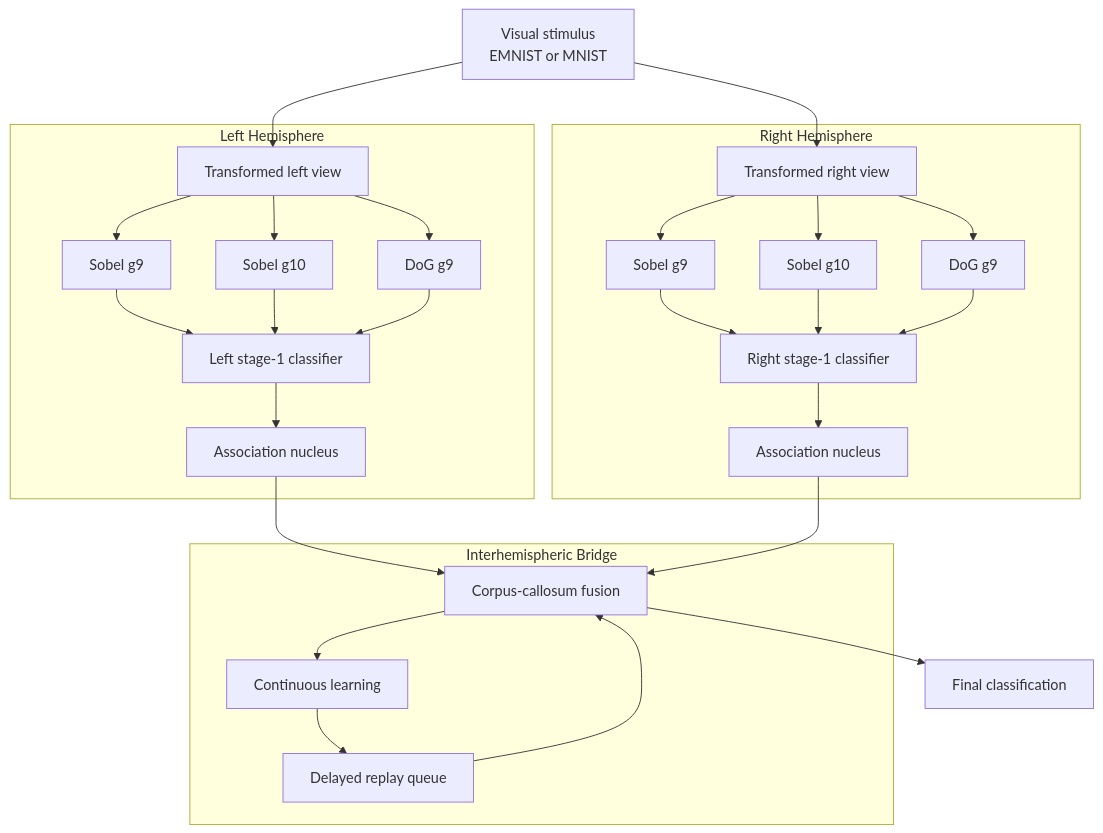
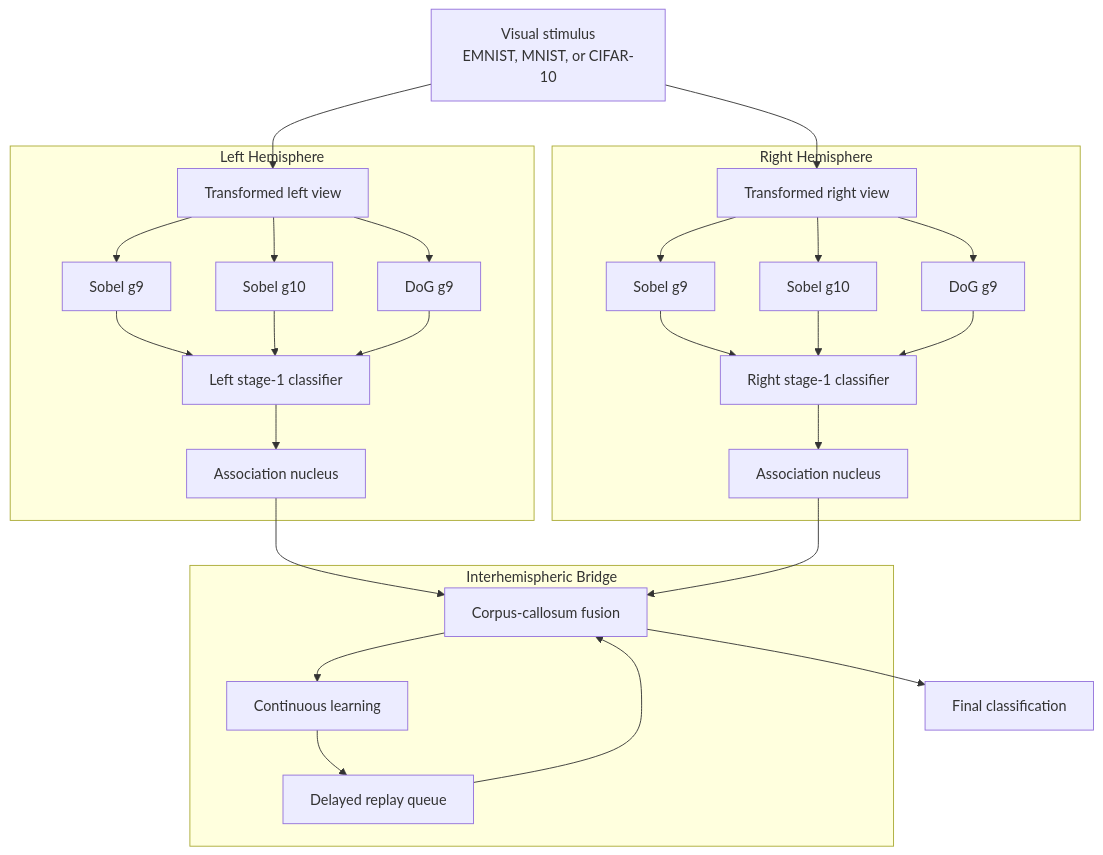
One commit to deanhorak/SNNFrame changed the diagram in README.md. Above: the diagram before and after it, drawn with Mermaid. The commit also changed other lines of this file and 5 other files, not shown here.

````diff
--- a/README.md
+++ b/README.md
@@ -154,51 +154,51 @@
 ```mermaid
 flowchart TD
-    IMG[Visual stimulus<br/>EMNIST or MNIST]
+    IMG[Visual stimulus<br/>EMNIST, MNIST, or CIFAR-10]
 
     subgraph LH[Left Hemisphere]
         LVIEW[Transformed left view]
         L9[Sobel g9]
         L10[Sobel g10]
         LDOG[DoG g9]
         LSTAGE[Left stage-1 classifier]
         LASSOC[Association nucleus]
         LVIEW --> L9
         LVIEW --> L10
         LVIEW --> LDOG
         L9 --> LSTAGE
         L10 --> LSTAGE
         LDOG --> LSTAGE
         LSTAGE --> LASSOC
     end
 
     subgraph RH[Right Hemisphere]
         RVIEW[Transformed right view]
         R9[Sobel g9]
         R10[Sobel g10]
         RDOG[DoG g9]
         RSTAGE[Right stage-1 classifier]
         RASSOC[Association nucleus]
         RVIEW --> R9
         RVIEW --> R10
         RVIEW --> RDOG
         R9 --> RSTAGE
         R10 --> RSTAGE
         RDOG --> RSTAGE
         RSTAGE --> RASSOC
     end
 
     subgraph CC[Interhemispheric Bridge]
         FUSION[Corpus-callosum fusion]
         CL[Continuous learning]
         REPLAY[Delayed replay queue]
         FUSION --> CL
         CL --> REPLAY
         REPLAY --> FUSION
     end
 
     IMG --> LVIEW
     IMG --> RVIEW
     LASSOC --> FUSION
     RASSOC --> FUSION
     FUSION --> OUT[Final classification]
 ```
````
